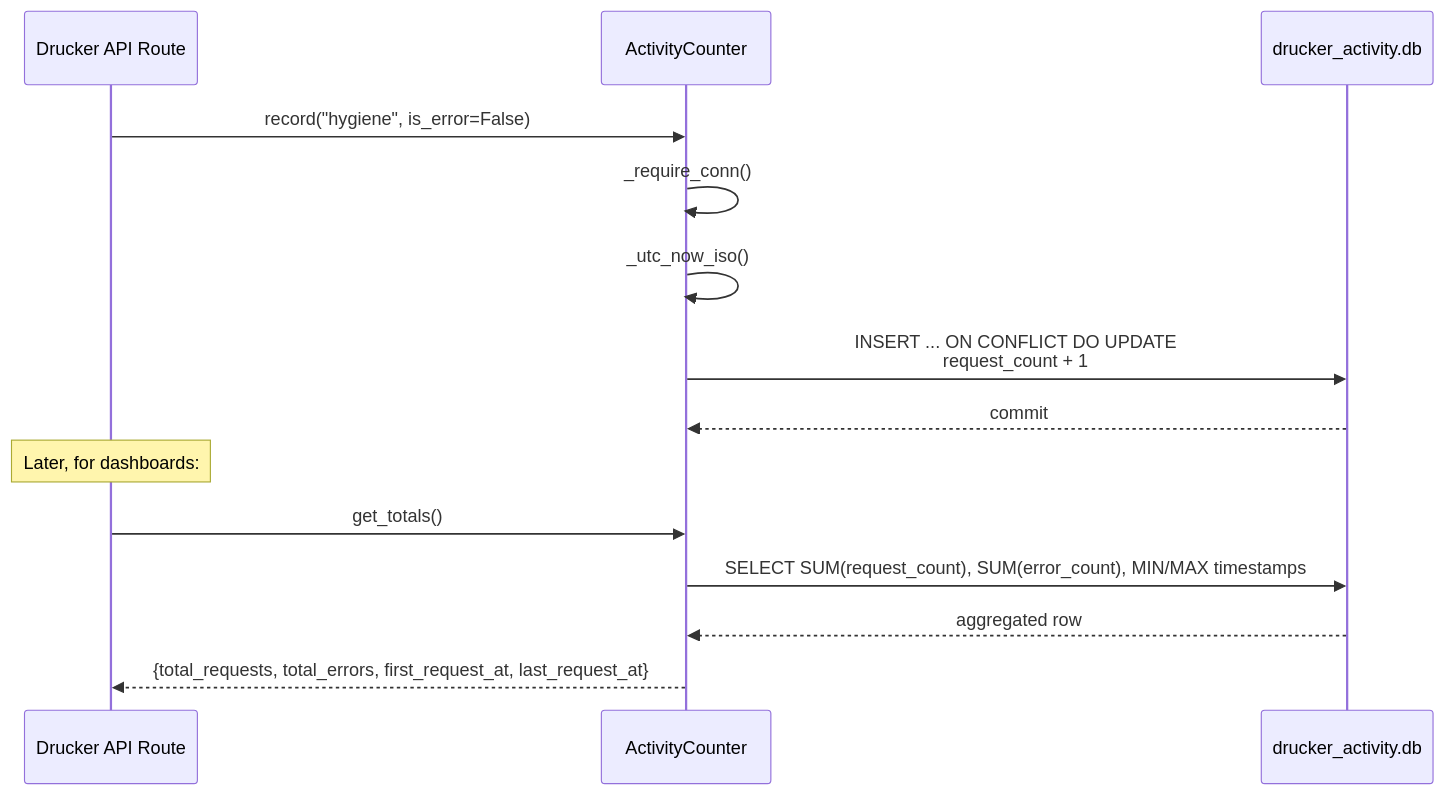
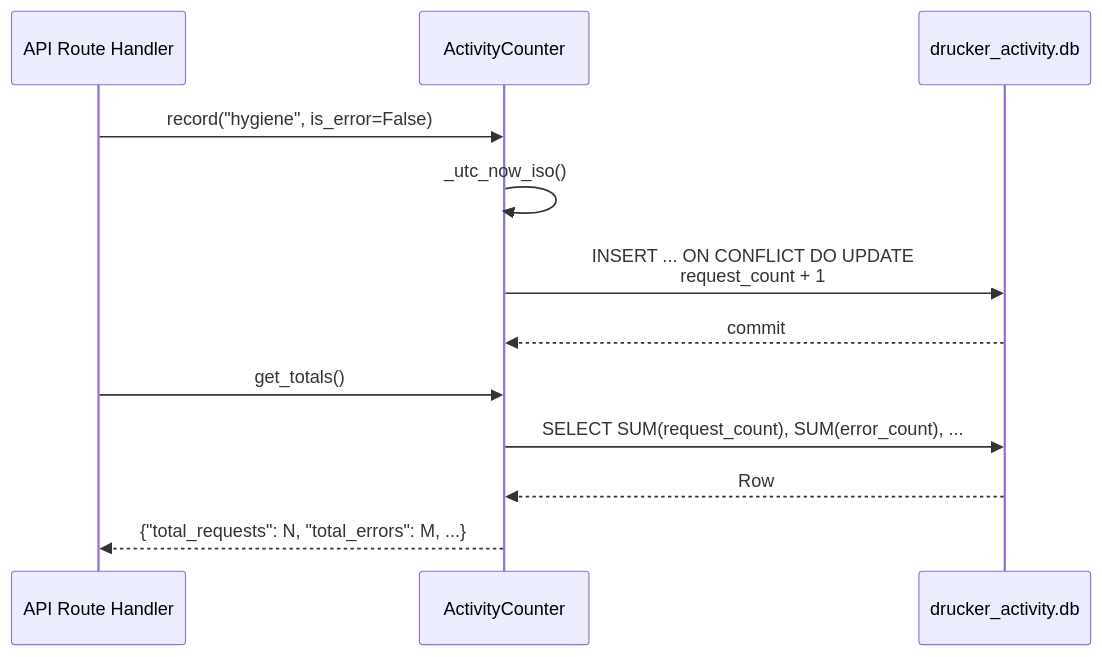
The second of 4 diagrams in docs/agents-drucker-state.md (jmac-cornelis/agent-workforce), drawn with Mermaid before and after one commit. The commit also changed other lines of this file and 7 other files, not shown here.

````diff
--- a/docs/agents-drucker-state.md
+++ b/docs/agents-drucker-state.md
@@ -59,17 +61,16 @@
 ```mermaid
 sequenceDiagram
-    participant API as Drucker API Route
+    participant Handler as API Route Handler
     participant AC as ActivityCounter
     participant DB as drucker_activity.db
 
-    API->>AC: record("hygiene", is_error=False)
-    AC->>AC: _require_conn()
+    Handler->>AC: record("hygiene", is_error=False)
     AC->>AC: _utc_now_iso()
     AC->>DB: INSERT ... ON CONFLICT DO UPDATE<br/>request_count + 1
     DB-->>AC: commit
-    Note over API: Later, for dashboards:
-    API->>AC: get_totals()
-    AC->>DB: SELECT SUM(request_count), SUM(error_count), MIN/MAX timestamps
-    DB-->>AC: aggregated row
-    AC-->>API: {total_requests, total_errors, first_request_at, last_request_at}
+
+    Handler->>AC: get_totals()
+    AC->>DB: SELECT SUM(request_count), SUM(error_count), ...
+    DB-->>AC: Row
+    AC-->>Handler: {"total_requests": N, "total_errors": M, ...}
 ```
````
